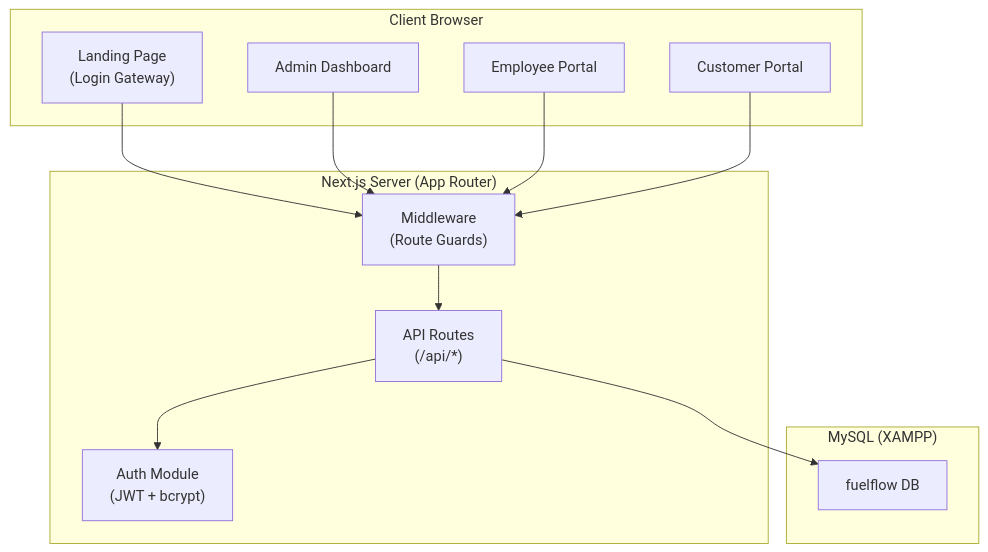
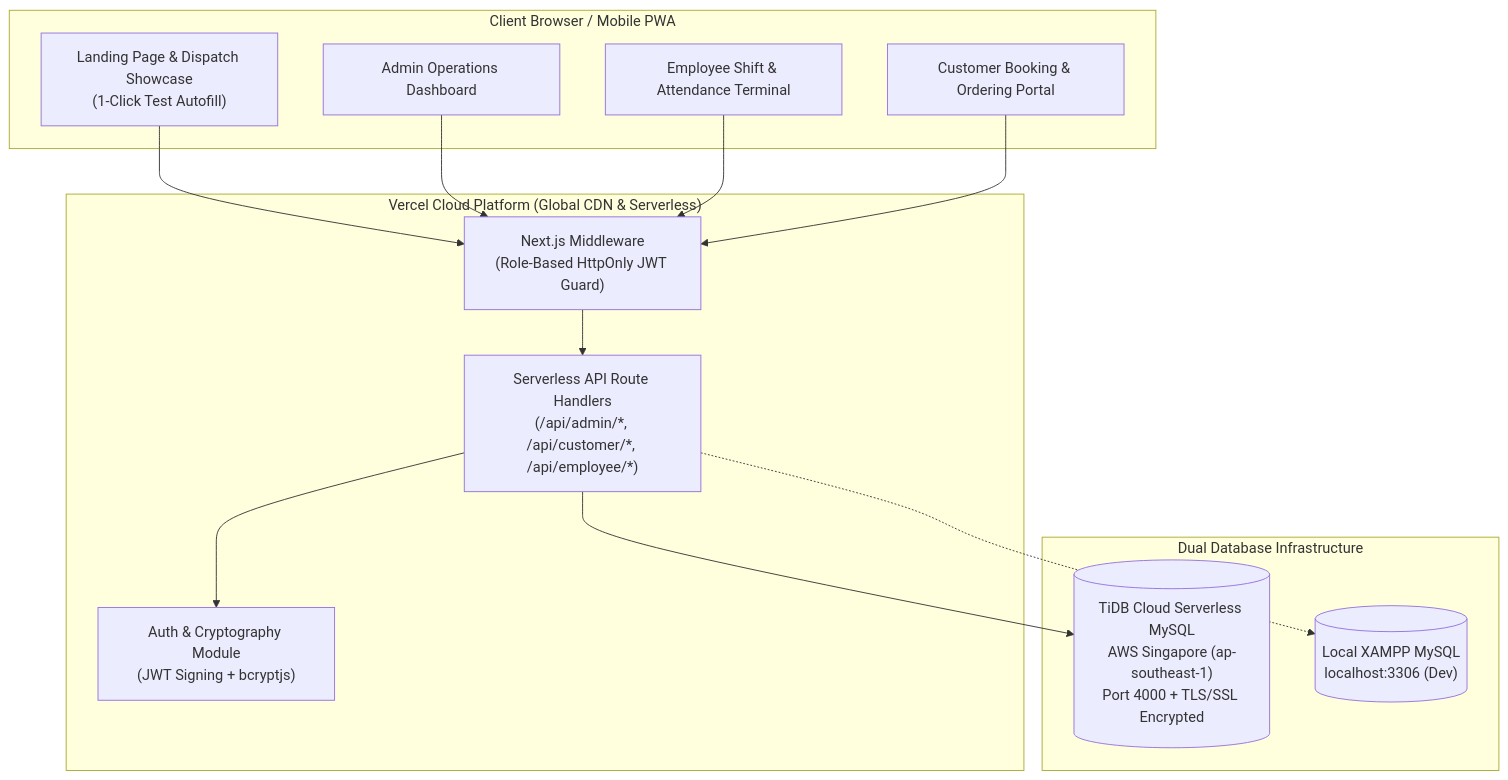
Before and after one commit to ashrafulhaqueakashw-create/Fuel_Flow: the first of 4 diagrams in FuelFlow_SRS.md, drawn with Mermaid. The commit also changed other lines of this file and 1 other file, not shown here.

Commit message:
docs: update SRS and README with live Vercel URL and TiDB Cloud production architecture

````diff
--- a/FuelFlow_SRS.md
+++ b/FuelFlow_SRS.md
@@ -63,27 +78,29 @@
 ```mermaid
 graph TB
-    subgraph Client["Client Browser"]
-        LP["Landing Page<br/>(Login Gateway)"]
-        AD["Admin Dashboard"]
-        EP["Employee Portal"]
-        CP["Customer Portal"]
+    subgraph Client["Client Browser / Mobile PWA"]
+        LP["Landing Page & Dispatch Showcase<br/>(1-Click Test Autofill)"]
+        AD["Admin Operations Dashboard"]
+        EP["Employee Shift & Attendance Terminal"]
+        CP["Customer Booking & Ordering Portal"]
     end
 
-    subgraph Server["Next.js Server (App Router)"]
-        MW["Middleware<br/>(Route Guards)"]
-        API["API Routes<br/>(/api/*)"]
-        AUTH["Auth Module<br/>(JWT + bcrypt)"]
+    subgraph Vercel["Vercel Cloud Platform (Global CDN & Serverless)"]
+        MW["Next.js Middleware<br/>(Role-Based HttpOnly JWT Guard)"]
+        API["Serverless API Route Handlers<br/>(/api/admin/*, /api/customer/*, /api/employee/*)"]
+        AUTH["Auth & Cryptography Module<br/>(JWT Signing + bcryptjs)"]
     end
 
-    subgraph Database["MySQL (XAMPP)"]
-        DB["fuelflow DB"]
+    subgraph DataLayer["Dual Database Infrastructure"]
+        TIDB[("TiDB Cloud Serverless MySQL<br/>AWS Singapore (ap-southeast-1)<br/>Port 4000 + TLS/SSL Encrypted")]
+        XAMPP[("Local XAMPP MySQL<br/>localhost:3306 (Dev)")]
     end
 
     LP --> MW
     AD --> MW
     EP --> MW
     CP --> MW
     MW --> API
     API --> AUTH
-    API --> DB
+    API --> TIDB
+    API -.-> XAMPP
 ```
````
